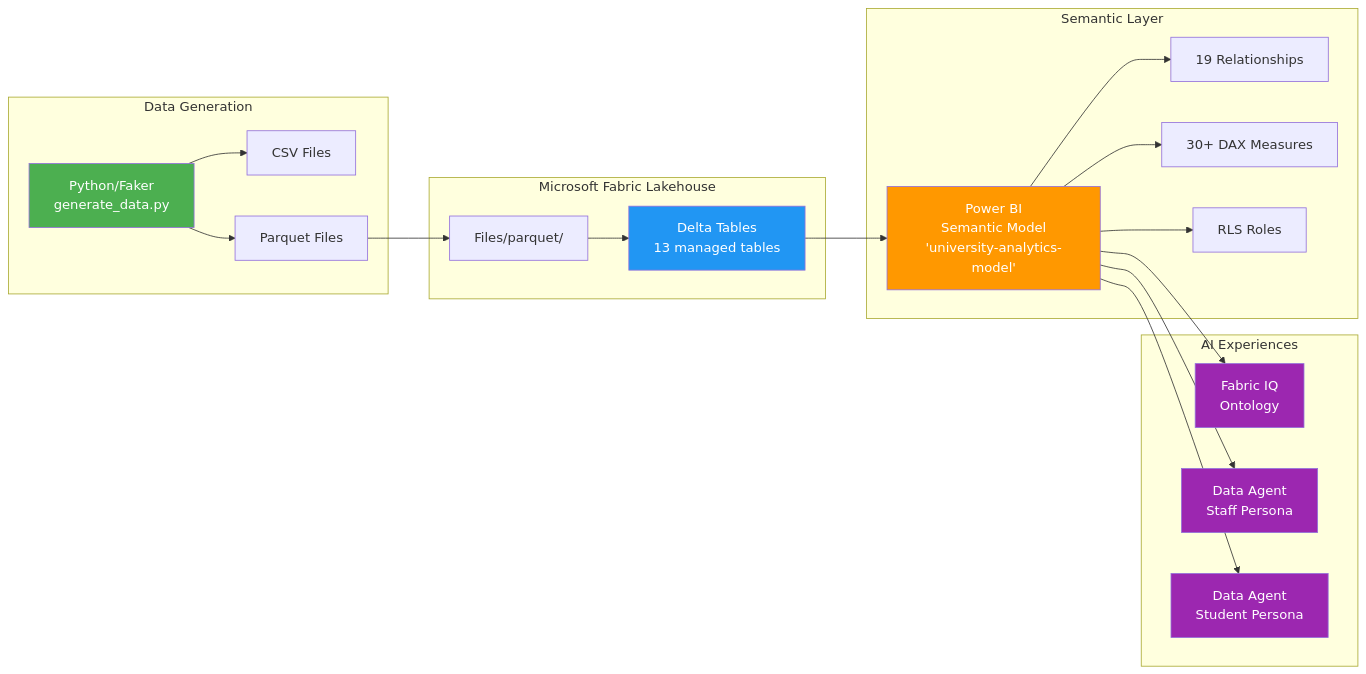
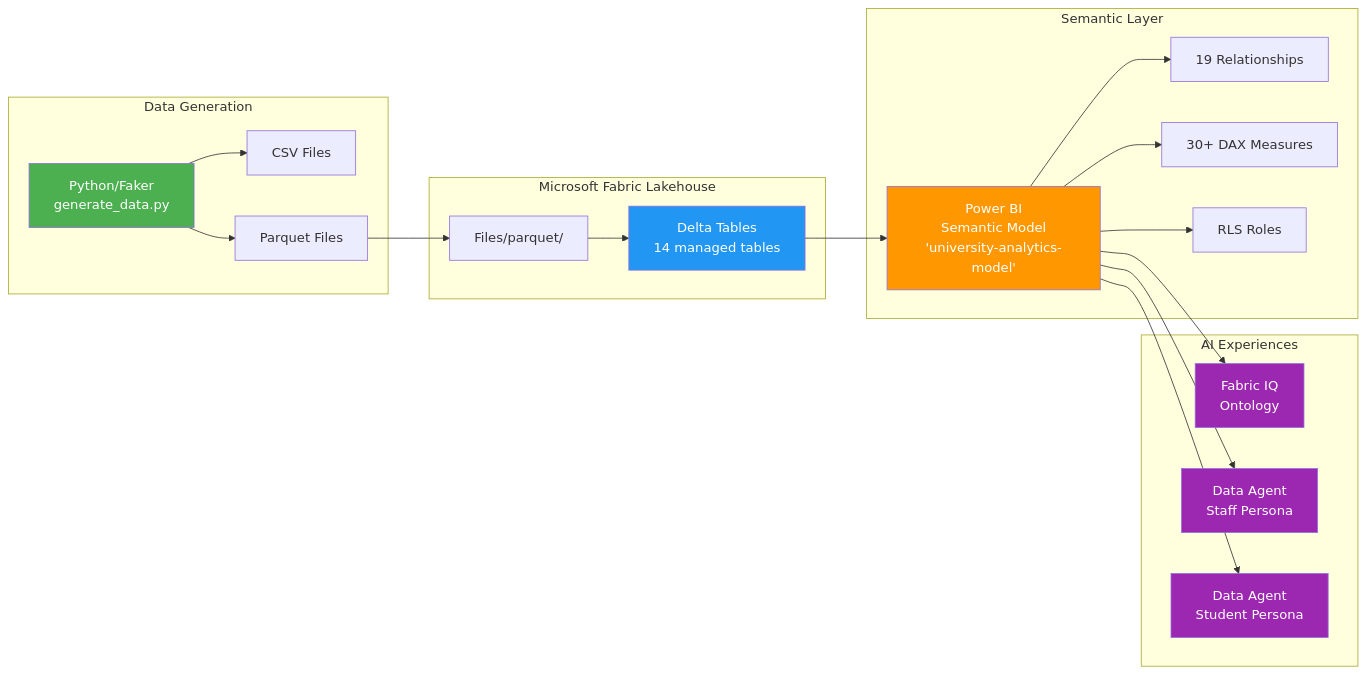
One commit to Maple0/fabric-edu-day changed the first of 2 diagrams in docs/01-architecture_diagram.md. Above: the diagram before and after it, drawn with Mermaid. The commit also changed other lines of this file and 8 other files, not shown here.

````diff
--- a/docs/01-architecture_diagram.md
+++ b/docs/01-architecture_diagram.md
@@ -5,32 +5,32 @@
 ```mermaid
 graph LR
     subgraph "Data Generation"
         A[Python/Faker<br>generate_data.py] --> B[CSV Files]
         A --> C[Parquet Files]
     end
 
     subgraph "Microsoft Fabric Lakehouse"
         C --> D[Files/parquet/]
-        D --> E[Delta Tables<br>13 managed tables]
+        D --> E[Delta Tables<br>14 managed tables]
     end
 
     subgraph "Semantic Layer"
         E --> F[Power BI<br>Semantic Model<br>'university-analytics-model']
         F --> G[19 Relationships]
         F --> H[30+ DAX Measures]
         F --> I[RLS Roles]
     end
 
     subgraph "AI Experiences"
         F --> J[Fabric IQ<br>Ontology]
         F --> K[Data Agent<br>Staff Persona]
         F --> L[Data Agent<br>Student Persona]
     end
 
     style A fill:#4CAF50,color:#fff
     style E fill:#2196F3,color:#fff
     style F fill:#FF9800,color:#fff
     style J fill:#9C27B0,color:#fff
     style K fill:#9C27B0,color:#fff
     style L fill:#9C27B0,color:#fff
 ```
````
